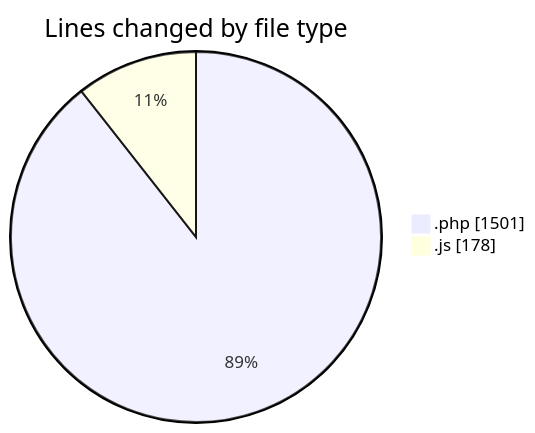
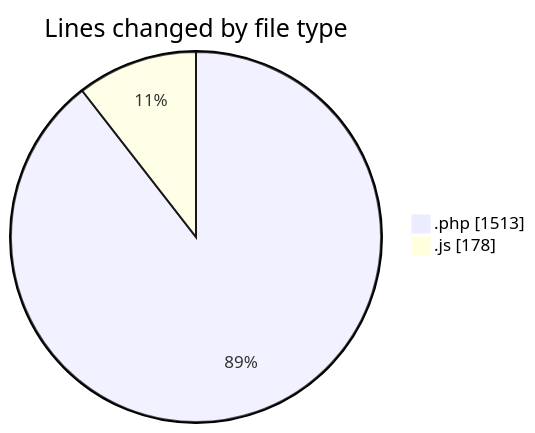
Before and after one commit to debugP/code-tracking: the first of 2 diagrams in 2026-07-09/wp-content/README.md, drawn with Mermaid. The commit also changed other lines of this file and 1 other file, not shown here.

````diff
--- a/2026-07-09/wp-content/README.md
+++ b/2026-07-09/wp-content/README.md
@@ -23,6 +23,6 @@
 ```mermaid
 pie showData
 title Lines changed by file type
-".php" : 1501
+".php" : 1513
 ".js" : 178
 ```
````
